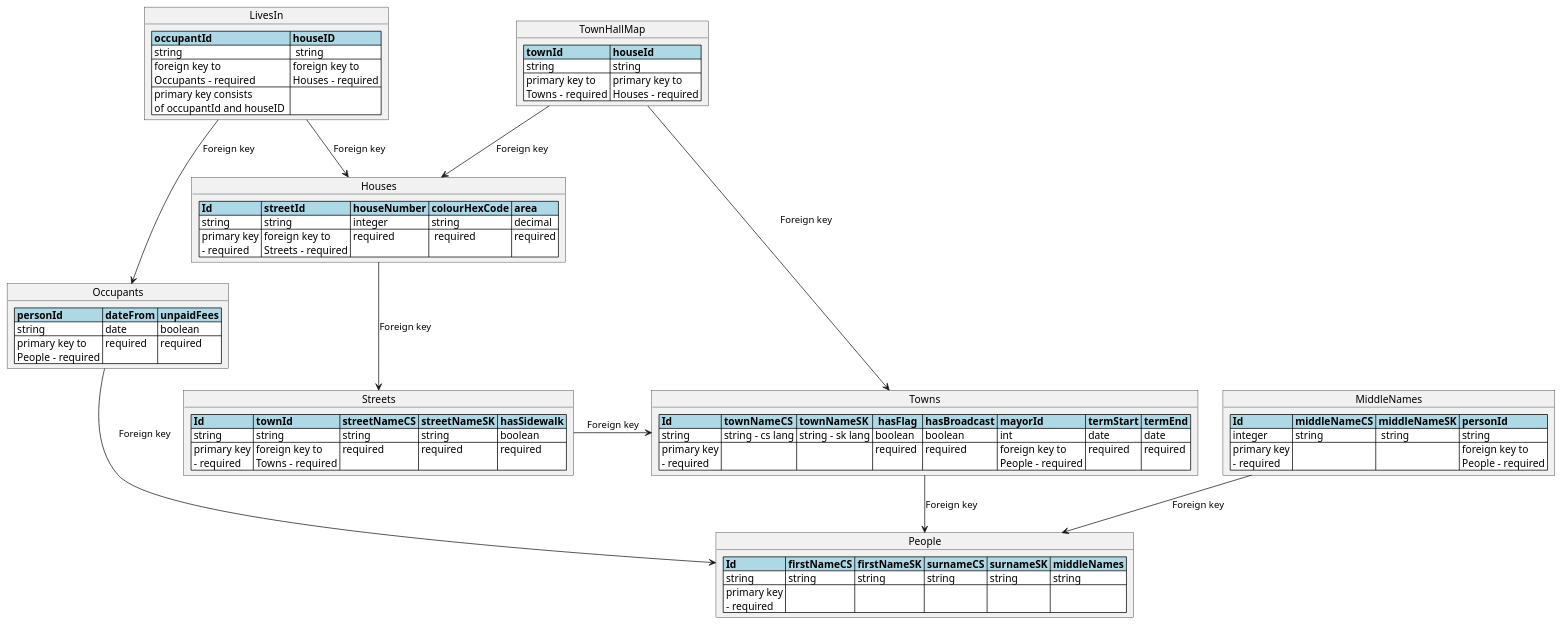
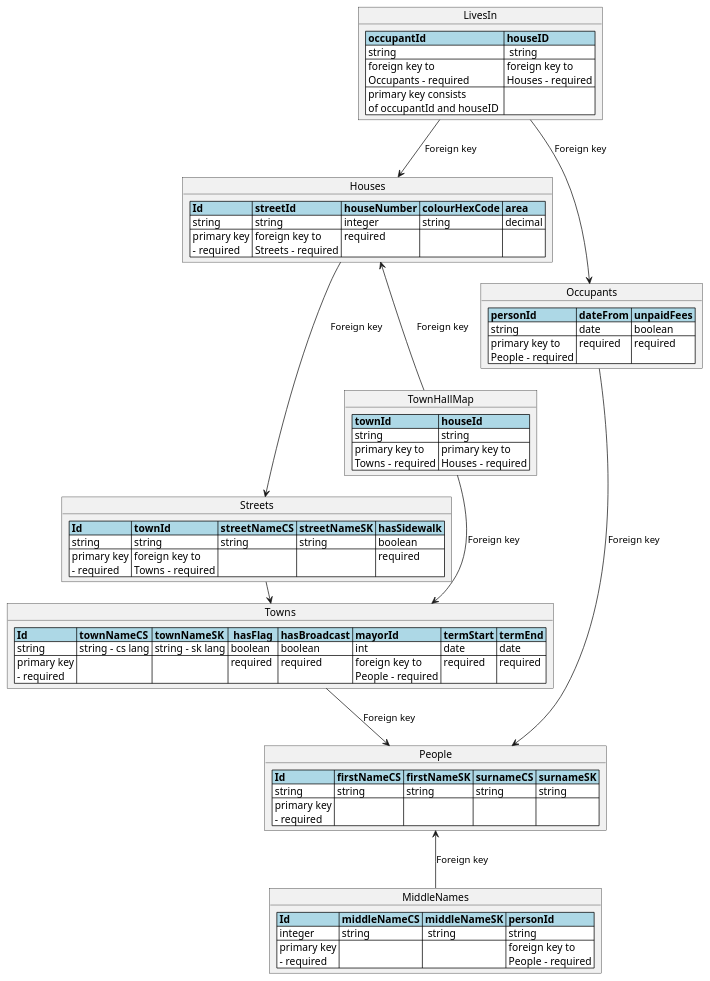
The diagram in 4/model/ralational.plantuml (michael-sevcik/NPRG036-Data-Formats), drawn with PlantUML before and after one commit.

Commit message:
Update the model

```diff
--- a/4/model/ralational.plantuml
+++ b/4/model/ralational.plantuml
@@ -1,69 +1,69 @@
 @startuml townDiagram
 
 hide circle
 
 object Towns {
   <#lightblue,#black>|= Id |= townNameCS |= townNameSK |=  hasFlag  |= hasBroadcast |= mayorId |= termStart |= termEnd |
   <#white>| string | string - cs lang | string - sk lang | boolean | boolean | int | date | date |
   <#white>| primary key \n - required | | | required | required | foreign key to \n People - required | required | required |
 }
 
 object People {
-  <#lightblue,#black>|= Id |= firstNameCS |= firstNameSK |= surnameCS |= surnameSK |= middleNames |
-  <#white>| string | string | string | string | string | string | 
-  <#white>| primary key \n - required | | | | | |
+  <#lightblue,#black>|= Id |= firstNameCS |= firstNameSK |= surnameCS |= surnameSK |
+  <#white>| string | string | string | string | string |
+  <#white>| primary key \n - required | | | | |
 }
 
 object LivesIn {
   <#lightblue,#black>|= occupantId |= houseID |
   <#white>| string |  string |
   <#white>| foreign key to \n Occupants - required | foreign key to \n Houses - required |
   <#white>| primary key consists \n of occupantId and houseID  | |
 }
 
 object MiddleNames {
   <#lightblue,#black>|= Id |= middleNameCS |= middleNameSK |= personId |
   <#white>| integer | string |  string | string |
   <#white>| primary key \n - required | | | foreign key to \n People - required |
 }
 
 object Occupants {
   <#lightblue,#black>|= personId |= dateFrom |= unpaidFees |
   <#white>| string | date | boolean |
   <#white>| primary key to \n People - required | required | required |
 }
 
 object TownHallMap {
   <#lightblue,#black>|= townId |= houseId |
   <#white>| string | string |
   <#white>| primary key to \n Towns - required | primary key to \n Houses - required | date \n - required | boolean \n - required |
 }
 
 ' TODO: the same problem with streetName and langs
 object Streets {
   <#lightblue,#black>|= Id |= townId |= streetNameCS |= streetNameSK |= hasSidewalk |
   <#white>| string | string | string | string | boolean |
-  <#white>| primary key \n - required | foreign key to \n Towns - required | required | required | required |
+  <#white>| primary key \n - required | foreign key to \n Towns - required | | | required |
 }
 
 object Houses {
   <#lightblue,#black>|= Id |= streetId |= houseNumber |= colourHexCode |= area |
   <#white>| string | string | integer | string | decimal |
-  <#white>| primary key \n - required | foreign key to \n Streets - required | required |  required | required |
+  <#white>| primary key \n - required | foreign key to \n Streets - required | required | | |
 }
 
 Occupants -d-> People : "Foreign key"
 Houses -d-> Streets : "Foreign key"
 Streets -> Towns : "Foreign key"
 Towns -d-> People : "Foreign key"
-MiddleNames --> People : "Foreign key"
-TownHallMap -d-> Towns : "Foreign key"
-TownHallMap -d-> Houses : "Foreign key"
+MiddleNames -u-> People : "Foreign key"
+TownHallMap --> Towns : "Foreign key"
+TownHallMap -u-> Houses : "Foreign key"
 LivesIn --> Occupants : "Foreign key"
 LivesIn --> Houses : "Foreign key"
 
 
 
 
 
 @enduml
```
